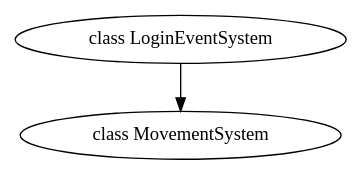
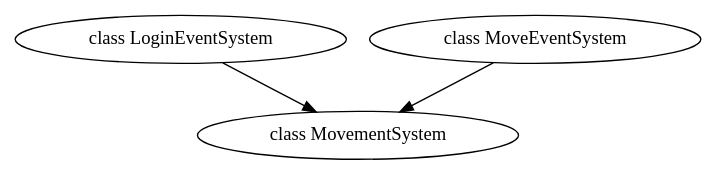
Before and after one commit to Vallhup/JobGraph-Study: the diagram in Server/JobGraph Study/graph.gv, drawn with Graphviz. The commit also changed 14 other files, not shown here.

Commit message:
이동 동기화 수정 1. Event 처리 방법 일원화 2. Sequence 제거 3. 현재는 입력만 받아서 서버에서 방향 계산까지 처리중 4. 추후 클라에서 이동 방향 계산하는 방안 고민 중

```diff
--- a/Server/JobGraph Study/graph.gv
+++ b/Server/JobGraph Study/graph.gv
@@ -1,4 +1,5 @@
 digraph JobGraph {
   "class LoginEventSystem" -> "class MovementSystem";
+  "class MoveEventSystem" -> "class MovementSystem";
   "class MovementSystem";
 }
```
